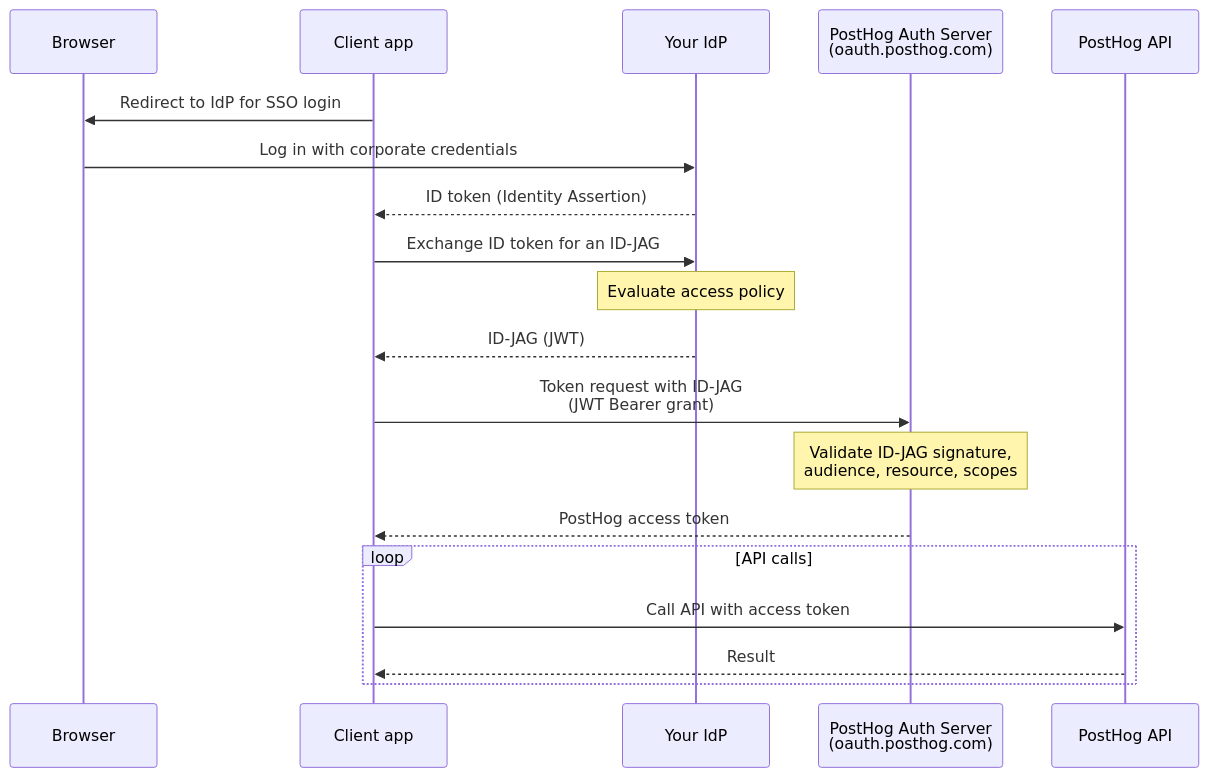
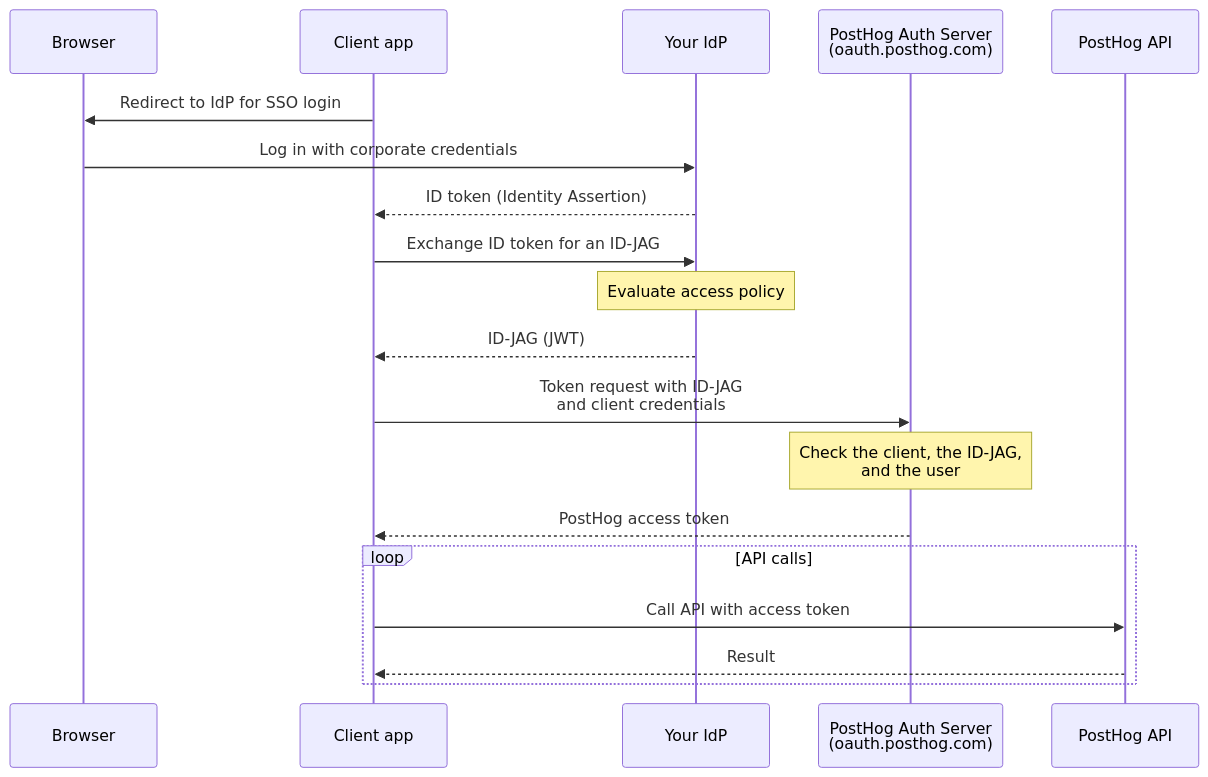
One commit to PostHog/posthog.com changed the diagram in contents/docs/settings/authentication/id-jag.mdx. Above: the diagram before and after it, drawn with Mermaid. The commit also changed other lines of this file and 2 other files, not shown here.

First line of the commit message:
docs(id-jag): describe the current xaa setup, plans, and token rules (#21929)

````diff
--- a/contents/docs/settings/authentication/id-jag.mdx
+++ b/contents/docs/settings/authentication/id-jag.mdx
@@ -37,25 +31,25 @@
 ```mermaid
 sequenceDiagram
     participant User as Browser
     participant Client as Client app
     participant IdP as Your IdP
     participant AS as PostHog Auth Server<br/>(oauth.posthog.com)
     participant API as PostHog API
 
     Client->>User: Redirect to IdP for SSO login
     User->>IdP: Log in with corporate credentials
     IdP-->>Client: ID token (Identity Assertion)
 
     Client->>IdP: Exchange ID token for an ID-JAG
     Note over IdP: Evaluate access policy
     IdP-->>Client: ID-JAG (JWT)
 
-    Client->>AS: Token request with ID-JAG<br/>(JWT Bearer grant)
-    Note over AS: Validate ID-JAG signature,<br/>audience, resource, scopes
+    Client->>AS: Token request with ID-JAG<br/>and client credentials
+    Note over AS: Check the client, the ID-JAG,<br/>and the user
     AS-->>Client: PostHog access token
 
     loop API calls
         Client->>API: Call API with access token
         API-->>Client: Result
     end
 ```
````
